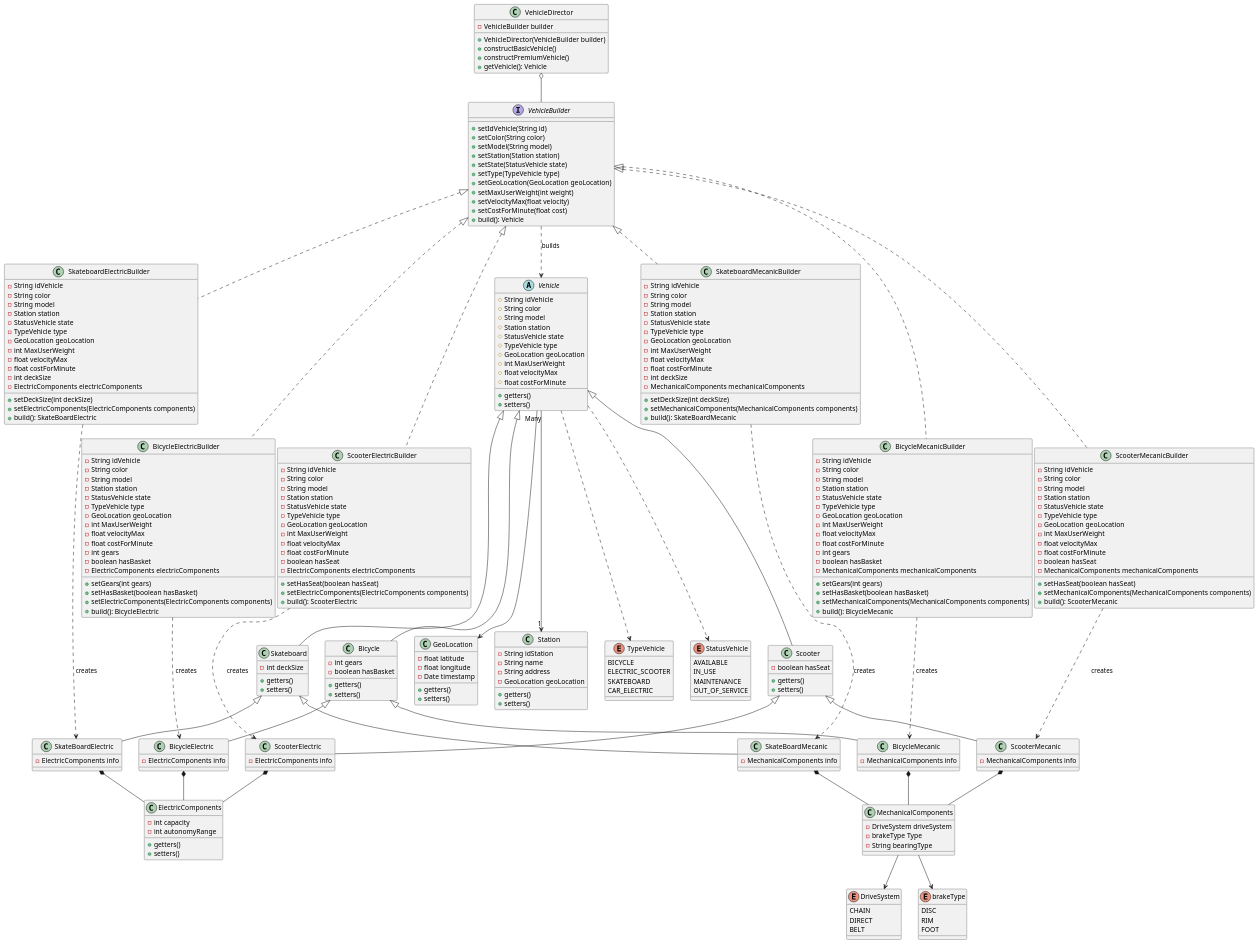
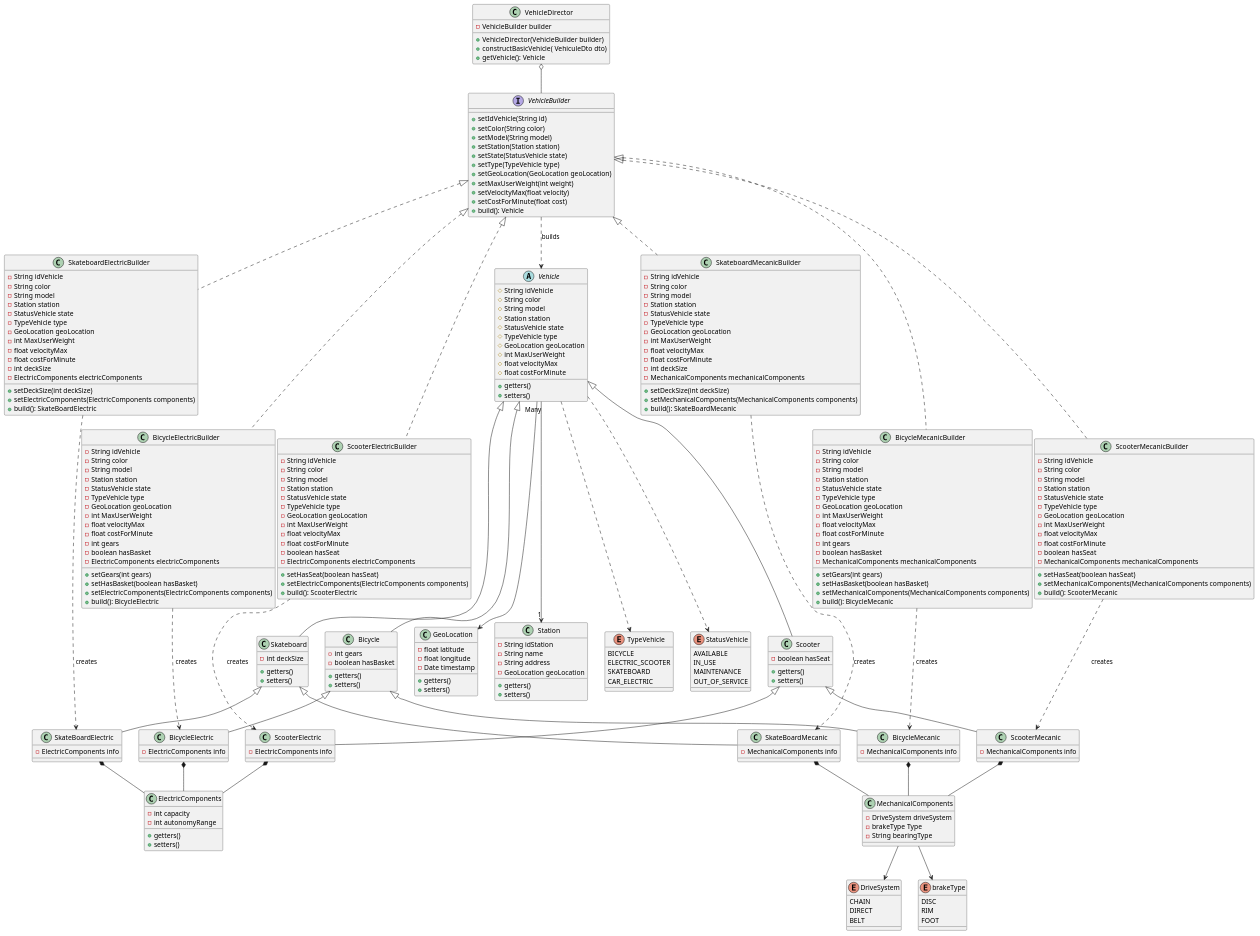
Before and after one commit to david123456858/Practice-patterns: the diagram in Backend/UMls/patterns/builder/builder.wsd, drawn with PlantUML. The commit also changed 37 other files, not shown here.

```diff
--- a/Backend/UMls/patterns/builder/builder.wsd
+++ b/Backend/UMls/patterns/builder/builder.wsd
@@ -247,9 +247,8 @@
 class VehicleDirector {
     - VehicleBuilder builder
     + VehicleDirector(VehicleBuilder builder)
-    + constructBasicVehicle()
-    + constructPremiumVehicle()
-    + getVehicle(): Vehicle
+    + constructBasicVehicle( VehiculeDto dto)
+    + getVehicle(): Vehicle 
 }
 
 
```
